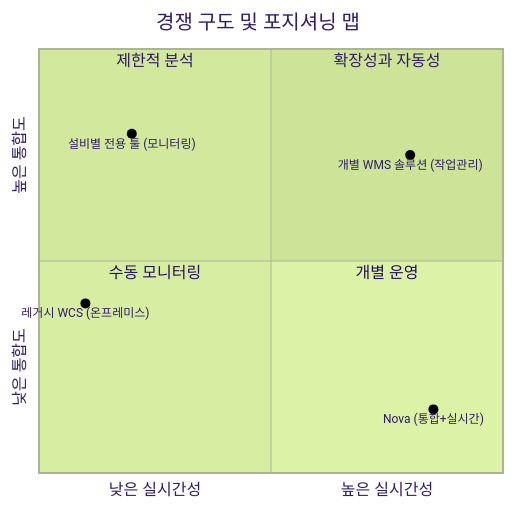
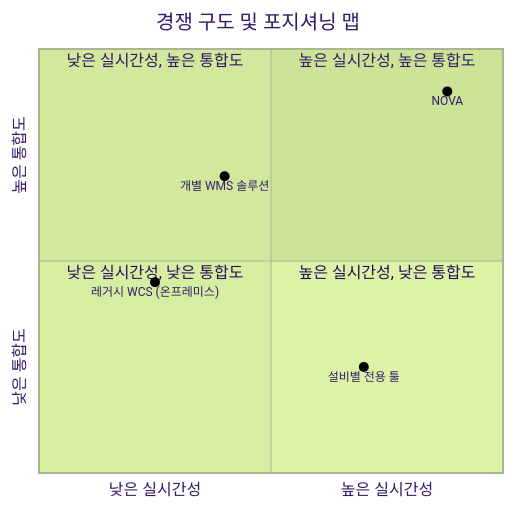
Before and after one commit to idenflu/idenflu-wes-intro: the second of 2 diagrams in docs/storytelling.md, drawn with Mermaid (forest theme). The commit also changed other lines of this file and 1 other file, not shown here.

Commit message:
docs(storytelling): NOVA 스토리텔링 문서를 재구성한다

````diff
--- a/docs/storytelling.md
+++ b/docs/storytelling.md
@@ -80,14 +136,14 @@
 ```mermaid
 quadrantChart
     title 경쟁 구도 및 포지셔닝 맵
     x-axis 낮은 실시간성 --> 높은 실시간성
     y-axis 낮은 통합도 --> 높은 통합도
-    quadrant-1 확장성과 자동성
-    quadrant-2 제한적 분석
-    quadrant-3 수동 모니터링
-    quadrant-4 개별 운영
-    "레거시 WCS (온프레미스)": [0.1, 0.4]
-    "설비별 전용 툴 (모니터링)": [0.2, 0.8]
-    "개별 WMS 솔루션 (작업관리)": [0.8, 0.75]
-    "Nova (통합+실시간)": [0.85, 0.15]
+    quadrant-1 높은 실시간성, 높은 통합도
+    quadrant-2 낮은 실시간성, 높은 통합도
+    quadrant-3 낮은 실시간성, 낮은 통합도
+    quadrant-4 높은 실시간성, 낮은 통합도
+    "레거시 WCS (온프레미스)": [0.25, 0.45]
+    "설비별 전용 툴": [0.7, 0.25]
+    "개별 WMS 솔루션": [0.4, 0.7]
+    "NOVA": [0.88, 0.9]
 ```
````
